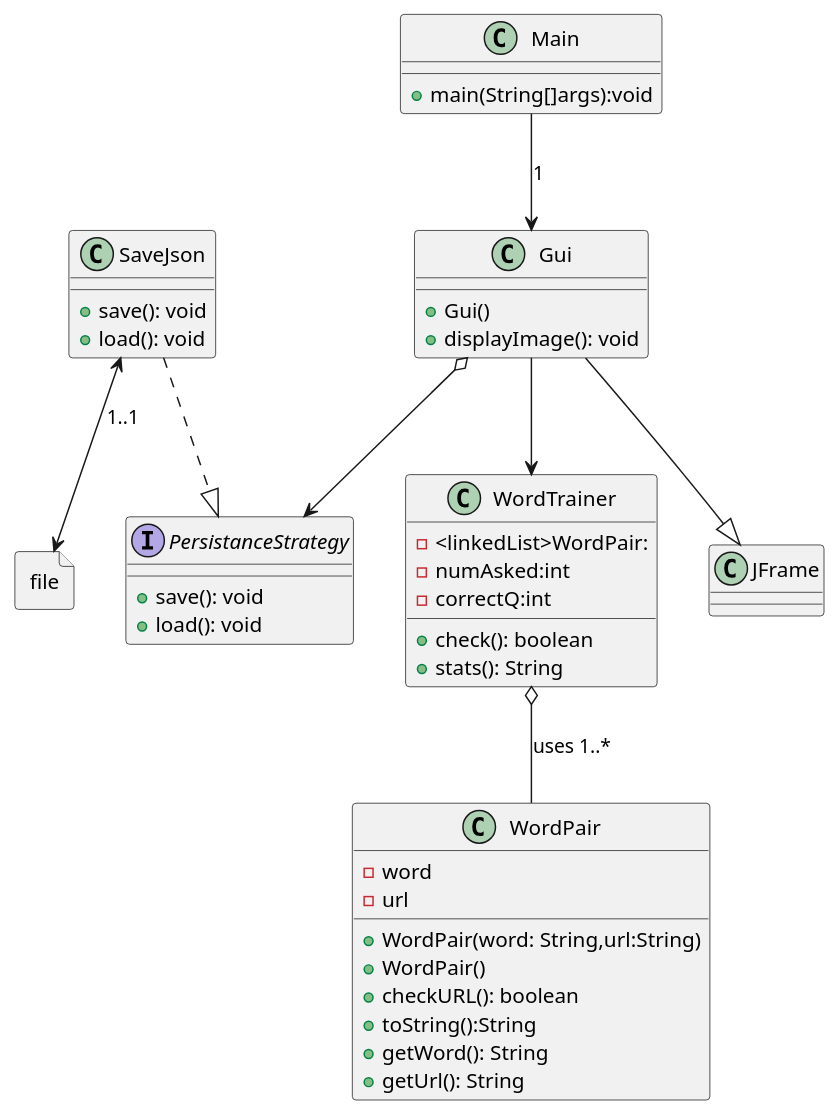
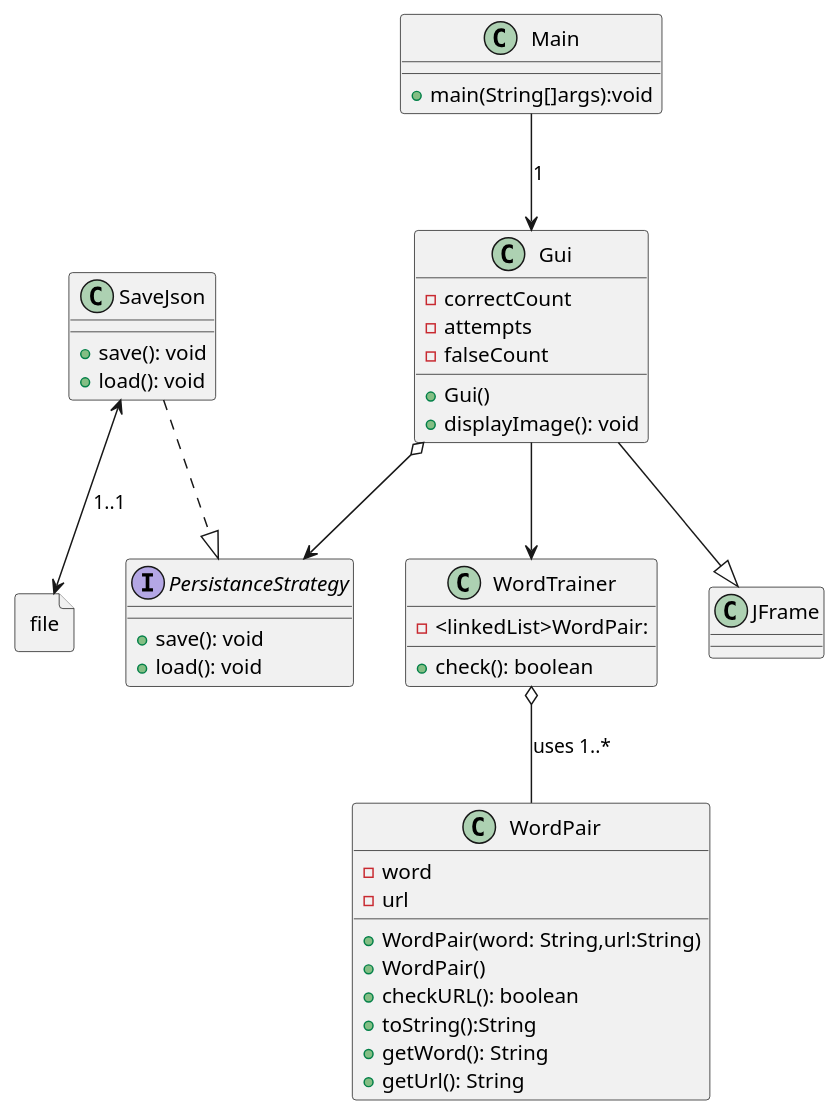
Before and after one commit to TGM-HIT/sew9-2425-worttrainer-Ubetterbisoft: the diagram in Worttrainer4/src/main/java/UML.puml, drawn with PlantUML. The commit also changed 3 other files, not shown here.

```diff
--- a/Worttrainer4/src/main/java/UML.puml
+++ b/Worttrainer4/src/main/java/UML.puml
@@ -1,61 +1,59 @@
 @startuml
 'https://plantuml.com/sequence-diagram
 
 class Main{
     +main(String[]args):void
 }
 class WordTrainer {
     -<linkedList>WordPair:
-    -numAsked:int
-    -correctQ:int
-
-
 
     +check(): boolean
-    +stats(): String
 }
 
 class WordPair {
     - word
     - url
     +WordPair(word: String,url:String)
     +WordPair()
     +checkURL(): boolean
     + toString():String
     + getWord(): String
     + getUrl(): String
 
 
 }
 
 class Gui {
+    -correctCount
+    -attempts
+    -falseCount
     + Gui()
     + displayImage(): void
 
 
 }
 class JFrame{
 }
 interface PersistanceStrategy{
     +save(): void
     +load(): void
 }
 class SaveJson{
     +save(): void
     +load(): void
 }
 
 file file{
 
 }
 
 WordTrainer o-- WordPair: uses 1..*
 Gui --> WordTrainer
 Gui o--> PersistanceStrategy
 SaveJson <--> file:1..1
 Main --> Gui: 1
 SaveJson ..|> PersistanceStrategy
 Gui --|> JFrame
 
 
 @enduml
```
